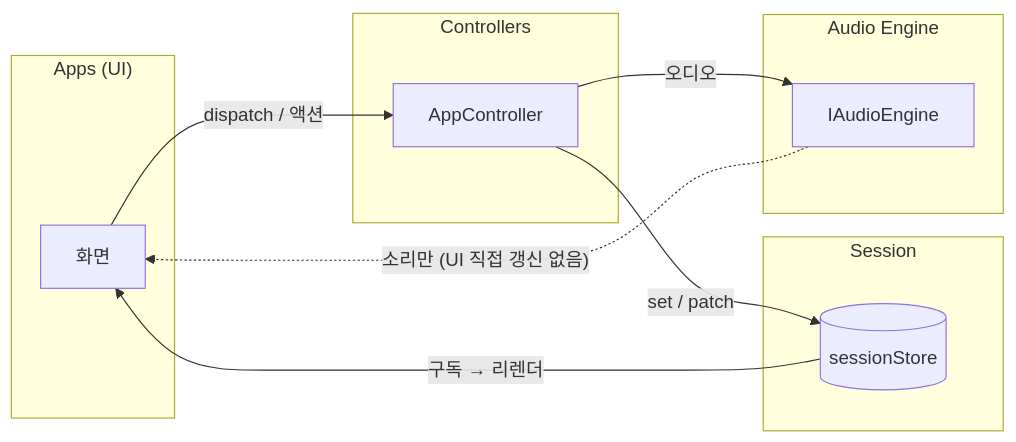
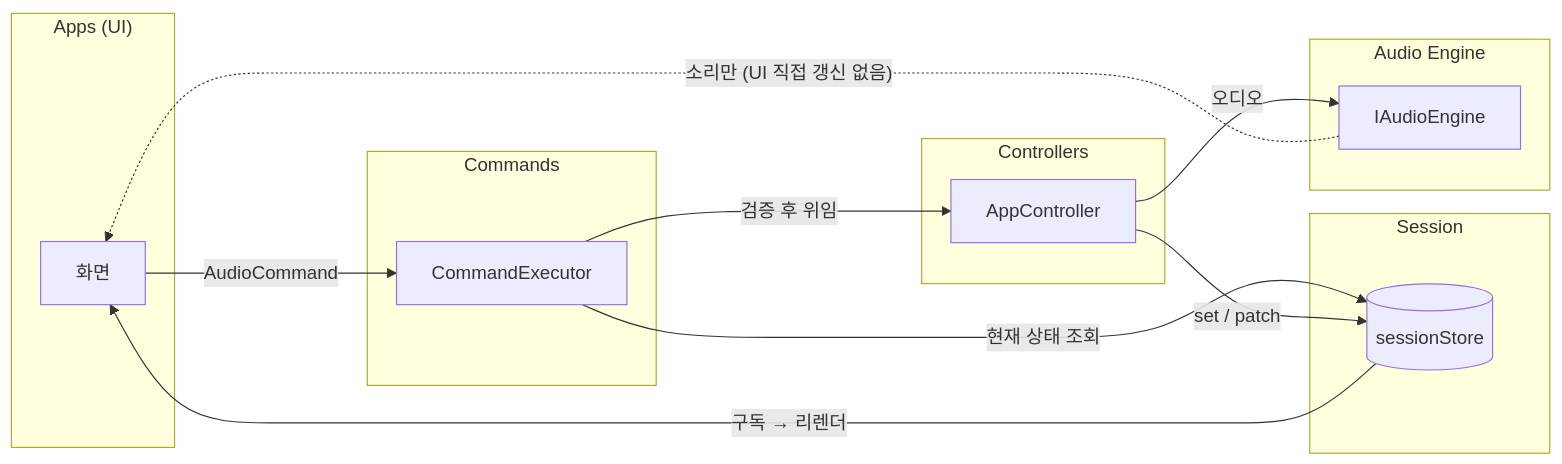
Before and after one commit to whizzkid1452/drop-ai: the second of 4 diagrams in docs/architecture.md, drawn with Mermaid. The commit also changed other lines of this file and 2 other files, not shown here.

Commit message:
refactor(command): 기존 명령 디스패처 정리

````diff
--- a/docs/architecture.md
+++ b/docs/architecture.md
@@ -52,24 +63,30 @@
 ```mermaid
 flowchart LR
     subgraph UI["Apps (UI)"]
         V["화면"]
     end
 
     subgraph C["Controllers"]
         X["AppController"]
     end
 
+    subgraph CMD["Commands"]
+        CE["CommandExecutor"]
+    end
+
     subgraph S["Session"]
         ST[("sessionStore")]
     end
 
     subgraph E["Audio Engine"]
         AE["IAudioEngine"]
     end
 
-    V -->|"dispatch / 액션"| X
+    V -->|"AudioCommand"| CE
+    CE -->|"검증 후 위임"| X
+    CE -->|"현재 상태 조회"| ST
     X -->|"set / patch"| ST
     X -->|"오디오"| AE
     ST -->|"구독 → 리렌더"| V
     AE -.->|"소리만 (UI 직접 갱신 없음)"| V
 ```
````
